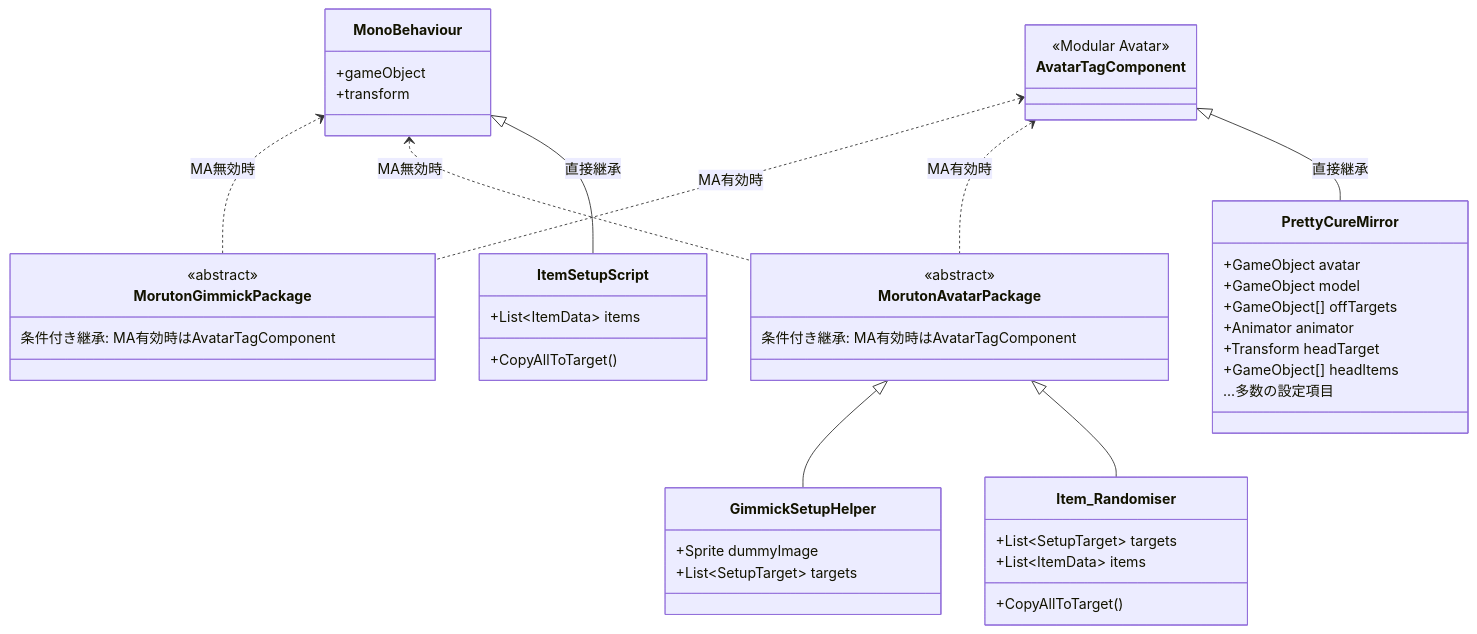
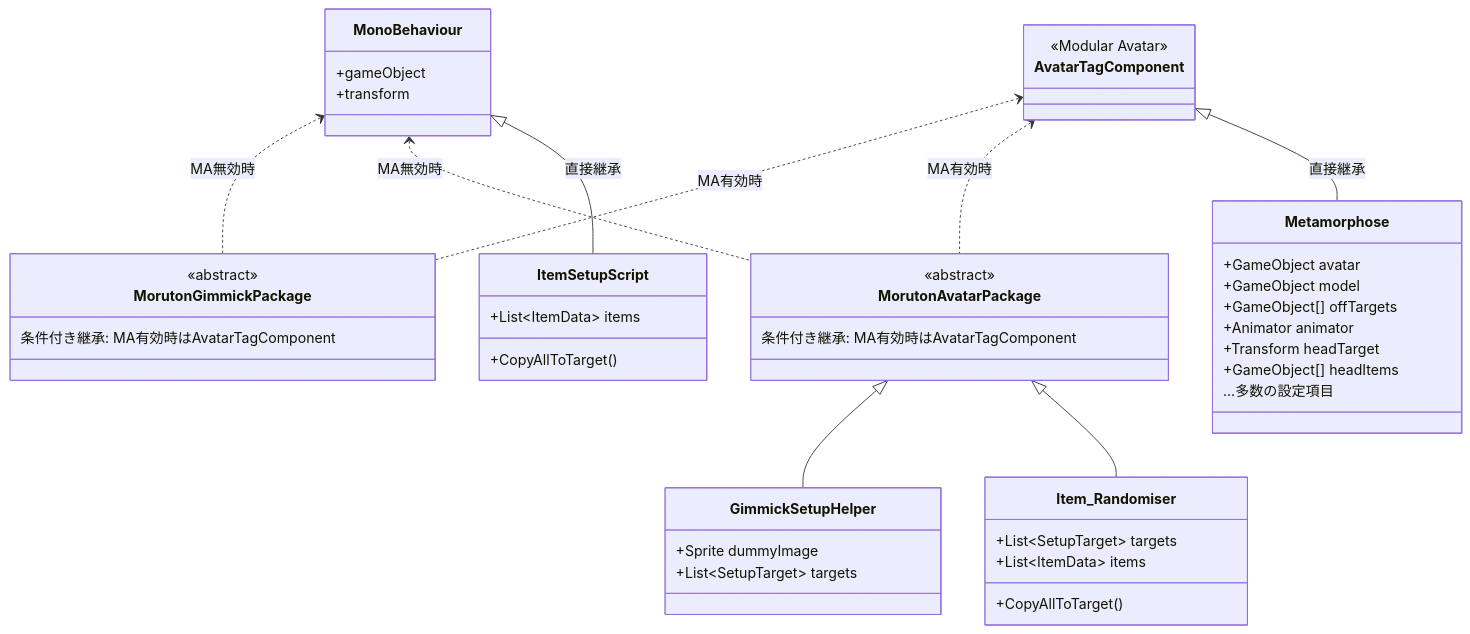
One commit to moruton1119/com.moruton.gimmicks changed the second of 7 diagrams in Documentation/Architecture.md. Above: the diagram before and after it, drawn with Mermaid. The commit also changed other lines of this file and 15 other files, not shown here.

Commit message:
Refactor: Rename PrettyCureMirror to Metamorphose across codebase, localizations, and docs

````diff
--- a/Documentation/Architecture.md
+++ b/Documentation/Architecture.md
@@ -48,57 +48,57 @@
 ```mermaid
 classDiagram
     class MonoBehaviour {
         +gameObject
         +transform
     }
     
     class AvatarTagComponent {
         <<Modular Avatar>>
     }
     
     class MorutonGimmickPackage {
         <<abstract>>
         条件付き継承: MA有効時はAvatarTagComponent
     }
     
     class MorutonAvatarPackage {
         <<abstract>>
         条件付き継承: MA有効時はAvatarTagComponent
     }
     
     class GimmickSetupHelper {
         +Sprite dummyImage
         +List~SetupTarget~ targets
     }
     
-    class PrettyCureMirror {
+    class Metamorphose {
         +GameObject avatar
         +GameObject model
         +GameObject[] offTargets
         +Animator animator
         +Transform headTarget
         +GameObject[] headItems
         ...多数の設定項目
     }
     
     class Item_Randomiser {
         +List~SetupTarget~ targets
         +List~ItemData~ items
         +CopyAllToTarget()
     }
     
     class ItemSetupScript {
         +List~ItemData~ items
         +CopyAllToTarget()
     }
     
     MonoBehaviour <.. MorutonGimmickPackage : MA無効時
     AvatarTagComponent <.. MorutonGimmickPackage : MA有効時
     MonoBehaviour <.. MorutonAvatarPackage : MA無効時
     AvatarTagComponent <.. MorutonAvatarPackage : MA有効時
     
     MorutonAvatarPackage <|-- GimmickSetupHelper
-    AvatarTagComponent <|-- PrettyCureMirror : 直接継承
+    AvatarTagComponent <|-- Metamorphose : 直接継承
     MorutonAvatarPackage <|-- Item_Randomiser
     MonoBehaviour <|-- ItemSetupScript : 直接継承
 ```
````
